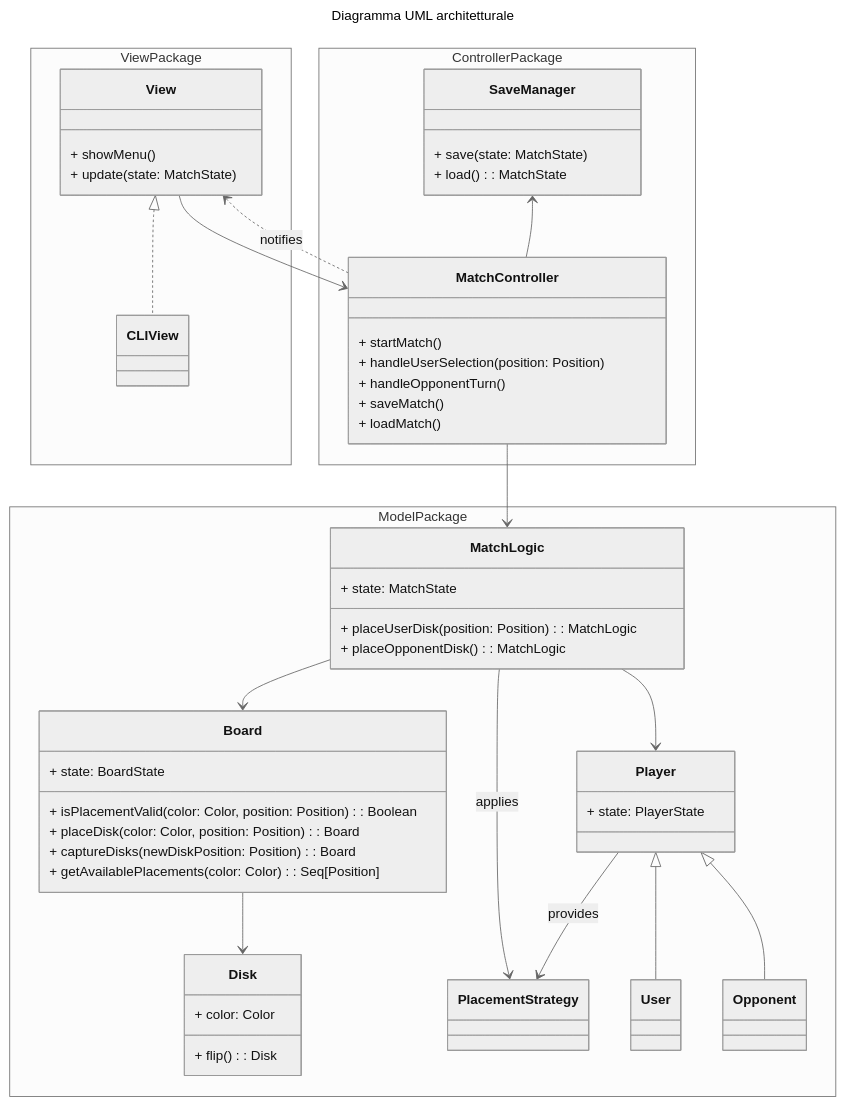
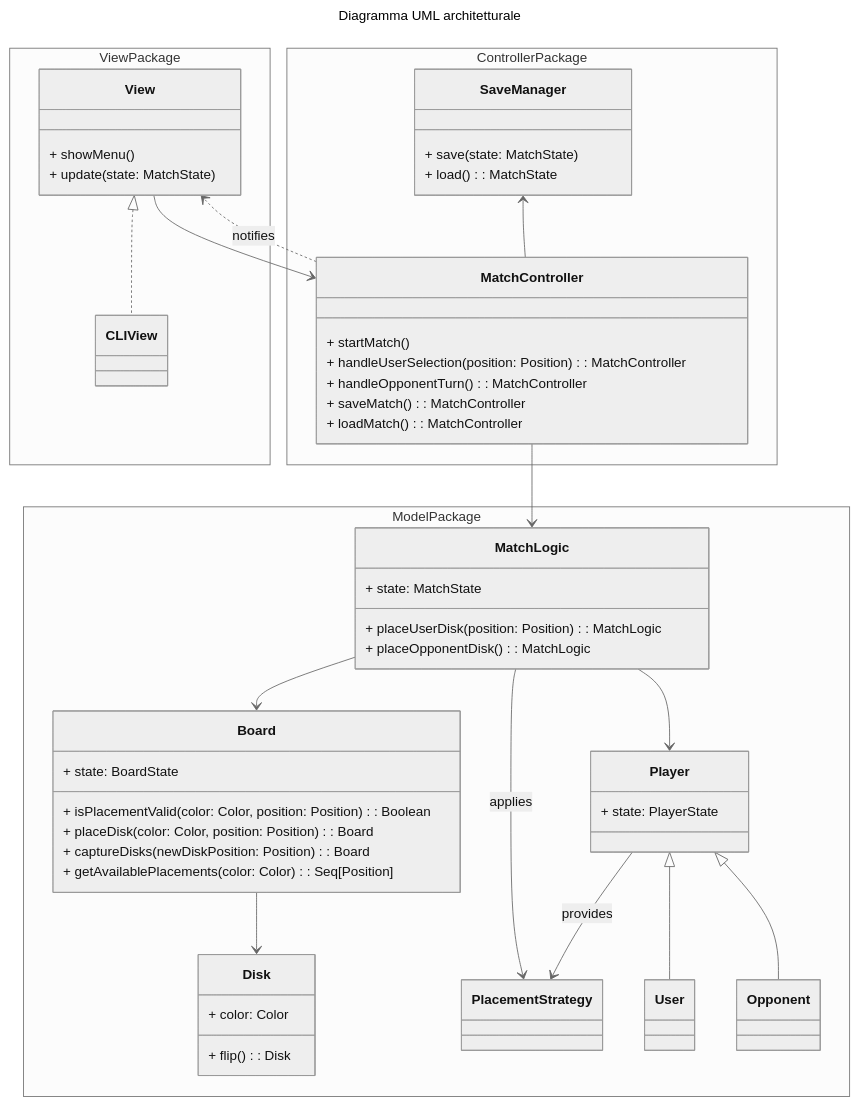
Before and after one commit to Borgotto/PPS-25-scalatello: the first of 3 diagrams in docs/report/4-architectural-design.md, drawn with Mermaid (neutral theme). The commit also changed 1 other file, not shown here.

Commit message:
Refactor: MatchController design
- Change output type of all functions except startMatch()

````diff
--- a/docs/report/4-architectural-design.md
+++ b/docs/report/4-architectural-design.md
@@ -15,68 +15,68 @@
 ```mermaid
 ---
 title: Diagramma UML architetturale
 ---
 classDiagram
   namespace ViewPackage {
     class View {
       + showMenu()
       + update(state: MatchState)
     }
     class CLIView
   }
   namespace ControllerPackage {
     class MatchController {
       + startMatch()
-      + handleUserSelection(position: Position)
-      + handleOpponentTurn()
-      + saveMatch()
-      + loadMatch()
+      + handleUserSelection(position: Position): MatchController
+      + handleOpponentTurn(): MatchController
+      + saveMatch(): MatchController
+      + loadMatch(): MatchController
     }
     class SaveManager {
       + save(state: MatchState)
       + load(): MatchState
     }
   }
   namespace ModelPackage {
     class MatchLogic {
       + state: MatchState
       + placeUserDisk(position: Position): MatchLogic
       + placeOpponentDisk(): MatchLogic
     }
     class Board {
       + state: BoardState
       + isPlacementValid(color: Color, position: Position): Boolean
       + placeDisk(color: Color, position: Position): Board
       + captureDisks(newDiskPosition: Position): Board
       + getAvailablePlacements(color: Color): Seq[Position]
     }
     class Disk {
       + color: Color
       + flip(): Disk
     }
     class Player {
       + state: PlayerState
     }
     class PlacementStrategy
     class User
     class Opponent
   }
 
     MatchLogic --> Board
     MatchLogic --> Player
     MatchLogic --> PlacementStrategy: applies
 
     Player <|-- User
     Player <|-- Opponent
 
     Player --> PlacementStrategy : provides
 
     Board --> Disk
 
     View --> MatchController
     MatchController ..> View : notifies
     MatchController --> MatchLogic
     SaveManager <-- MatchController
 
     View <|.. CLIView
 ```
````
